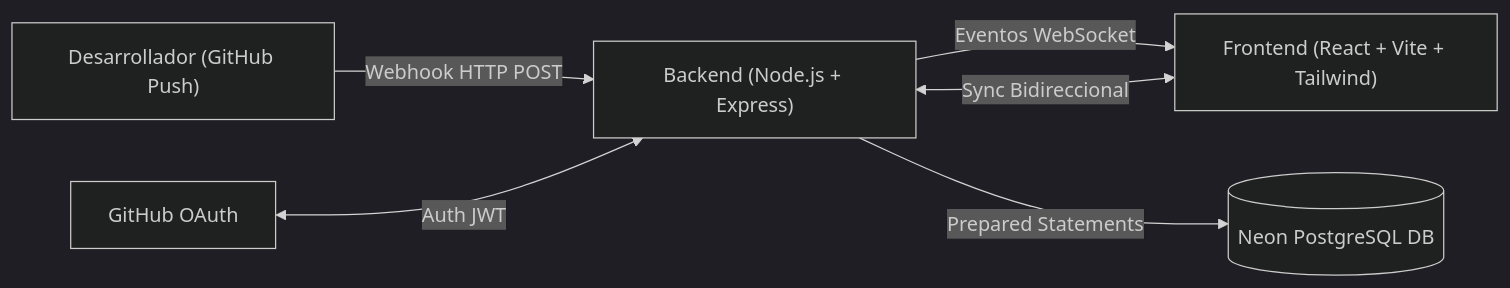
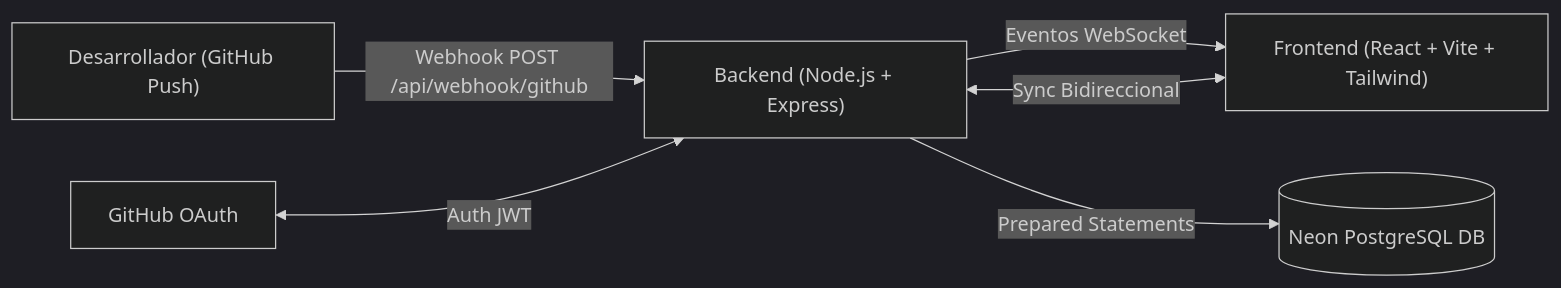
The diagram in README.md (covaleda402/GitFlow), drawn with Mermaid (dark theme) before and after one commit. The commit also changed other lines of this file and 18 other files, not shown here.

````diff
--- a/README.md
+++ b/README.md
@@ -25,8 +40,8 @@
 ```mermaid
 flowchart LR
-    A["Desarrollador (GitHub Push)"] -->|Webhook HTTP POST| B["Backend (Node.js + Express)"]
+    A["Desarrollador (GitHub Push)"] -->|Webhook POST /api/webhook/github| B["Backend (Node.js + Express)"]
     B -->|Eventos WebSocket| C["Frontend (React + Vite + Tailwind)"]
     C <-->|Sync Bidireccional| B
     B -->|Prepared Statements| D[("Neon PostgreSQL DB")]
     E["GitHub OAuth"] <-->|Auth JWT| B
 ```
````
